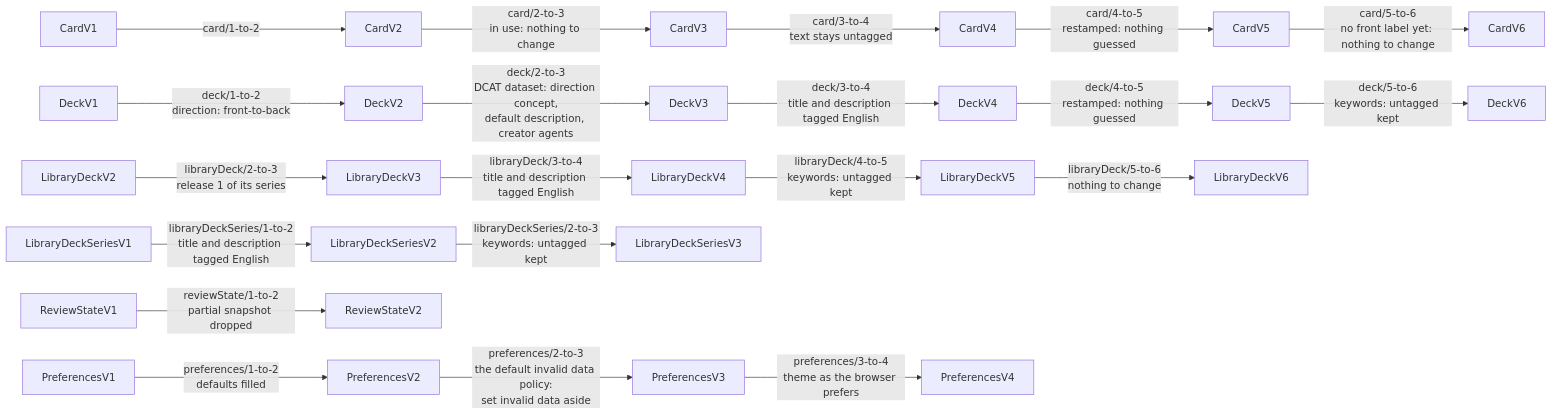
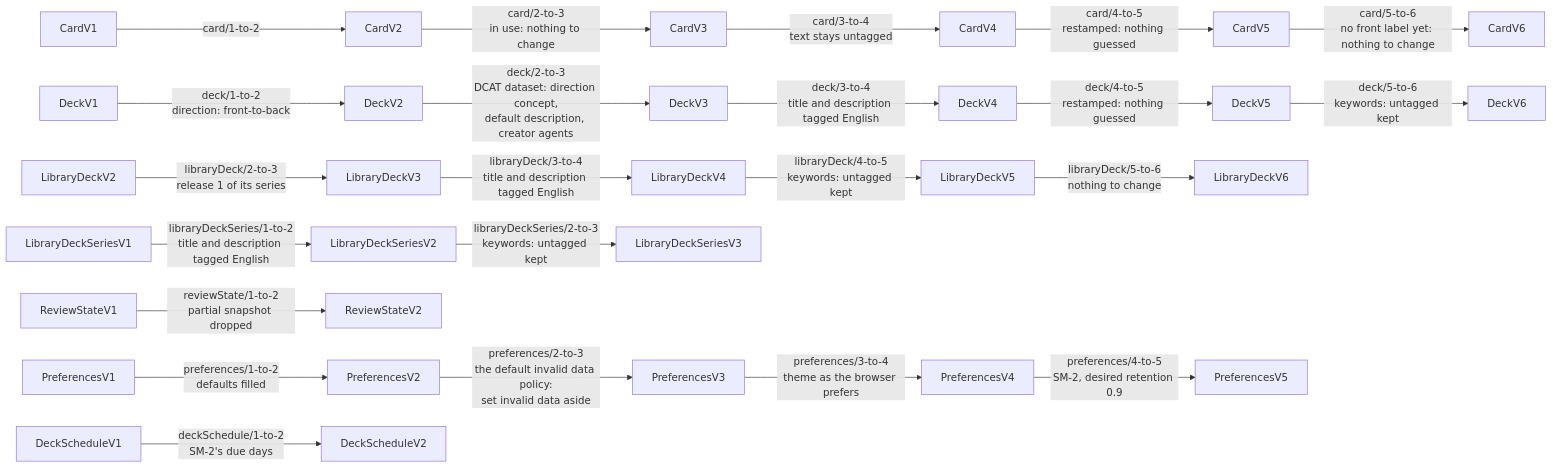
One commit to solid-memo/website changed the first of 3 diagrams in docs/migrations.md. Above: the diagram before and after it, drawn with Mermaid. The commit also changed other lines of this file and 53 other files, not shown here.

````diff
--- a/docs/migrations.md
+++ b/docs/migrations.md
@@ -326,25 +358,27 @@
 ```mermaid
 flowchart LR
     accTitle: The migration chain
     accDescr: Each shape's record versions in order, with the migration that takes one version to the next.
     v1["CardV1"] -->|card/1-to-2| v2["CardV2"]
     v2 -->|card/2-to-3<br/>in use: nothing to change| v3["CardV3"]
     v3 -->|card/3-to-4<br/>text stays untagged| v4["CardV4"]
     v4 -->|card/4-to-5<br/>restamped: nothing guessed| v5["CardV5"]
     v5 -->|card/5-to-6<br/>no front label yet: nothing to change| v6["CardV6"]
     d1["DeckV1"] -->|deck/1-to-2<br/>direction: front-to-back| d2["DeckV2"]
     d2 -->|deck/2-to-3<br/>DCAT dataset: direction concept,<br/>default description, creator agents| d3["DeckV3"]
     d3 -->|deck/3-to-4<br/>title and description tagged English| d4["DeckV4"]
     d4 -->|deck/4-to-5<br/>restamped: nothing guessed| d5["DeckV5"]
     d5 -->|deck/5-to-6<br/>keywords: untagged kept| d6["DeckV6"]
     l2["LibraryDeckV2"] -->|libraryDeck/2-to-3<br/>release 1 of its series| l3["LibraryDeckV3"]
     l3 -->|libraryDeck/3-to-4<br/>title and description tagged English| l4["LibraryDeckV4"]
     l4 -->|libraryDeck/4-to-5<br/>keywords: untagged kept| l5["LibraryDeckV5"]
     l5 -->|libraryDeck/5-to-6<br/>nothing to change| l6["LibraryDeckV6"]
     s1["LibraryDeckSeriesV1"] -->|libraryDeckSeries/1-to-2<br/>title and description tagged English| s2["LibraryDeckSeriesV2"]
     s2 -->|libraryDeckSeries/2-to-3<br/>keywords: untagged kept| s3["LibraryDeckSeriesV3"]
     r1["ReviewStateV1"] -->|reviewState/1-to-2<br/>partial snapshot dropped| r2["ReviewStateV2"]
     p1["PreferencesV1"] -->|preferences/1-to-2<br/>defaults filled| p2["PreferencesV2"]
     p2 -->|preferences/2-to-3<br/>the default invalid data policy:<br/>set invalid data aside| p3["PreferencesV3"]
     p3 -->|preferences/3-to-4<br/>theme as the browser prefers| p4["PreferencesV4"]
+    p4 -->|preferences/4-to-5<br/>SM-2, desired retention 0.9| p5["PreferencesV5"]
+    ds1["DeckScheduleV1"] -->|deckSchedule/1-to-2<br/>SM-2's due days| ds2["DeckScheduleV2"]
 ```
````
